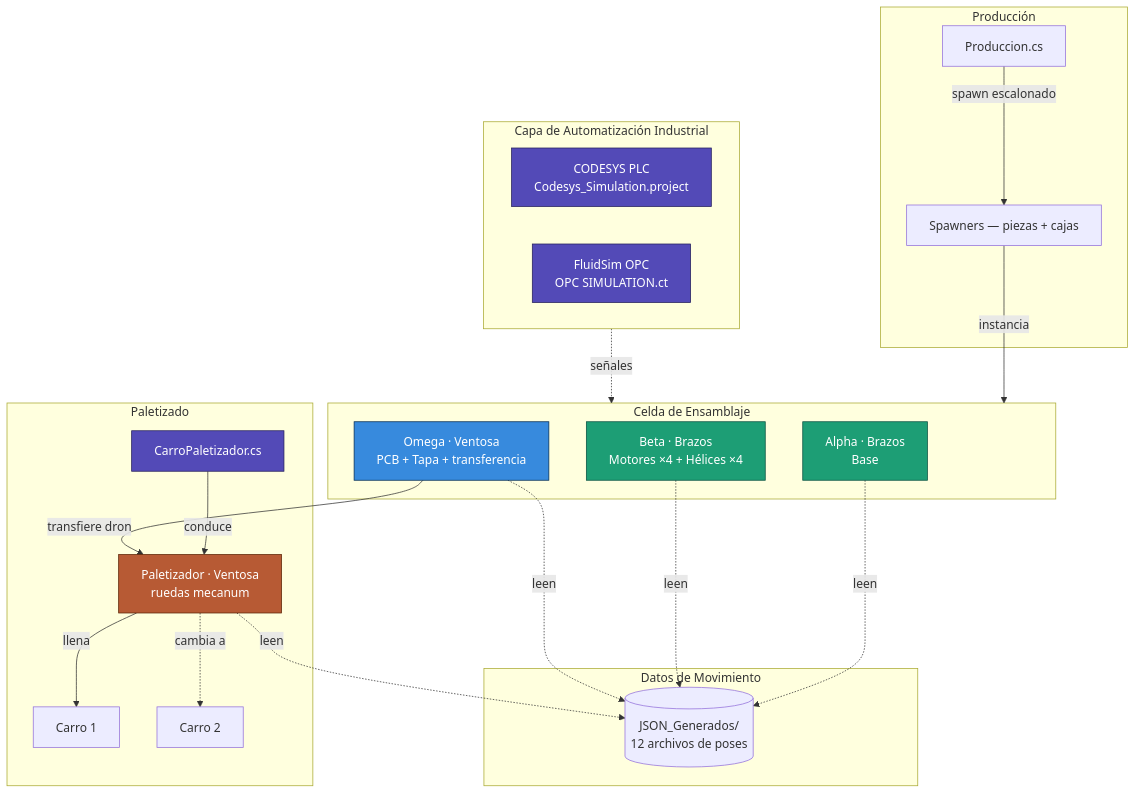
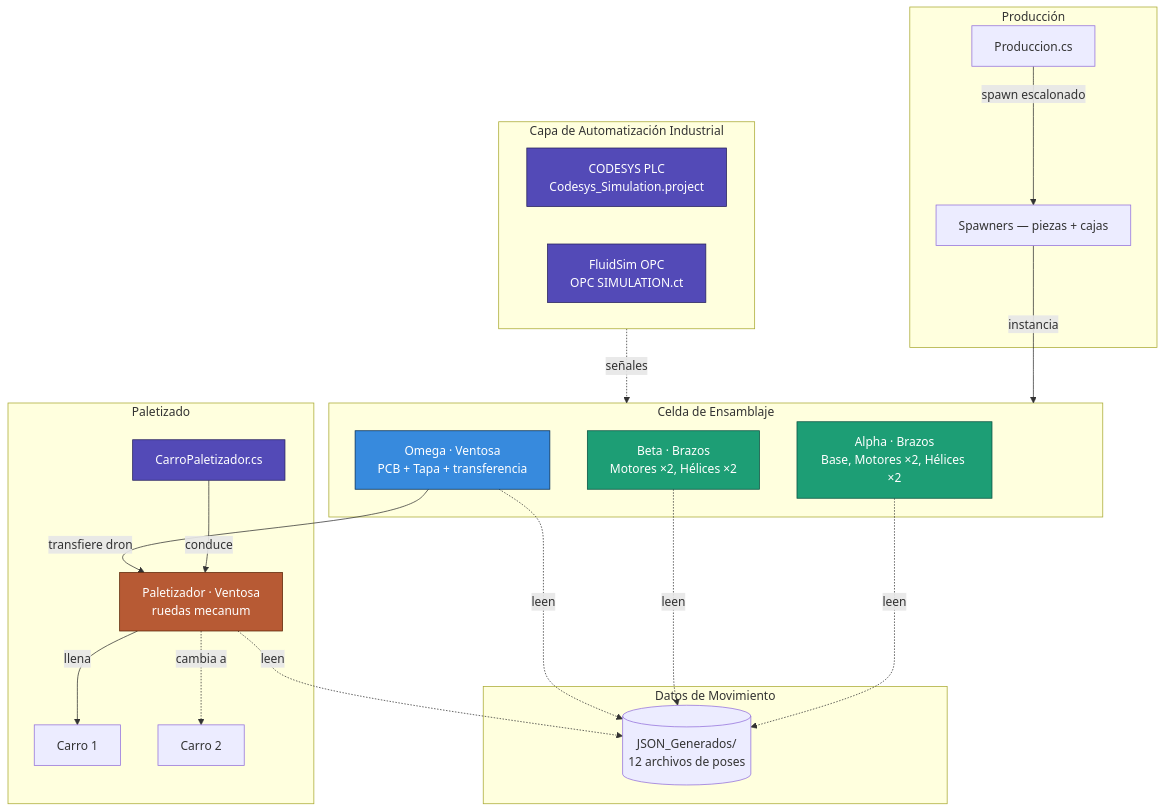
The fourth of 6 diagrams in README.md (jorgefajardom-coder/drone-packaging-simulation-unity), drawn with Mermaid before and after one commit. The commit also changed other lines of this file, not shown here.

````diff
--- a/README.md
+++ b/README.md
@@ -1080,41 +1080,41 @@
 ```mermaid
 graph TB
     subgraph EXT["Capa de Automatización Industrial"]
         direction LR
         PLC[CODESYS PLC<br/>Codesys_Simulation.project]
         OPC[FluidSim OPC<br/>OPC SIMULATION.ct]
     end
 
     subgraph PROD["Producción"]
         P[Produccion.cs] -->|spawn escalonado| SP[Spawners — piezas + cajas]
     end
 
     subgraph JSON["Datos de Movimiento"]
         JF[(JSON_Generados/<br/>12 archivos de poses)]
     end
 
     subgraph ASSEMBLY["Celda de Ensamblaje"]
-        B1[Alpha · Brazos<br/>Base]
-        B2[Beta · Brazos<br/>Motores ×4 + Hélices ×4]
+        B1[Alpha · Brazos<br/>Base, Motores ×2, Hélices ×2]
+        B2[Beta · Brazos<br/>Motores ×2, Hélices ×2]
         B3[Omega · Ventosa<br/>PCB + Tapa + transferencia]
     end
 
     subgraph PALLET["Paletizado"]
         CARRO[CarroPaletizador.cs] -->|conduce| B4[Paletizador · Ventosa<br/>ruedas mecanum]
         B4 -->|llena| C1[Carro 1]
         B4 -.->|cambia a| C2[Carro 2]
     end
 
     SP -->|instancia| ASSEMBLY
     B1 & B2 & B3 & B4 -. leen .-> JF
     B3 -->|transfiere dron| B4
     EXT -.->|señales| ASSEMBLY
 
     style B1 fill:#1D9E75,stroke:#085041,color:#fff
     style B2 fill:#1D9E75,stroke:#085041,color:#fff
     style B3 fill:#378ADD,stroke:#042C53,color:#fff
     style B4 fill:#B75A34,stroke:#5C2506,color:#fff
     style CARRO fill:#534AB7,stroke:#26215C,color:#fff
     style PLC fill:#534AB7,stroke:#26215C,color:#fff
     style OPC fill:#534AB7,stroke:#26215C,color:#fff
 ```
````
